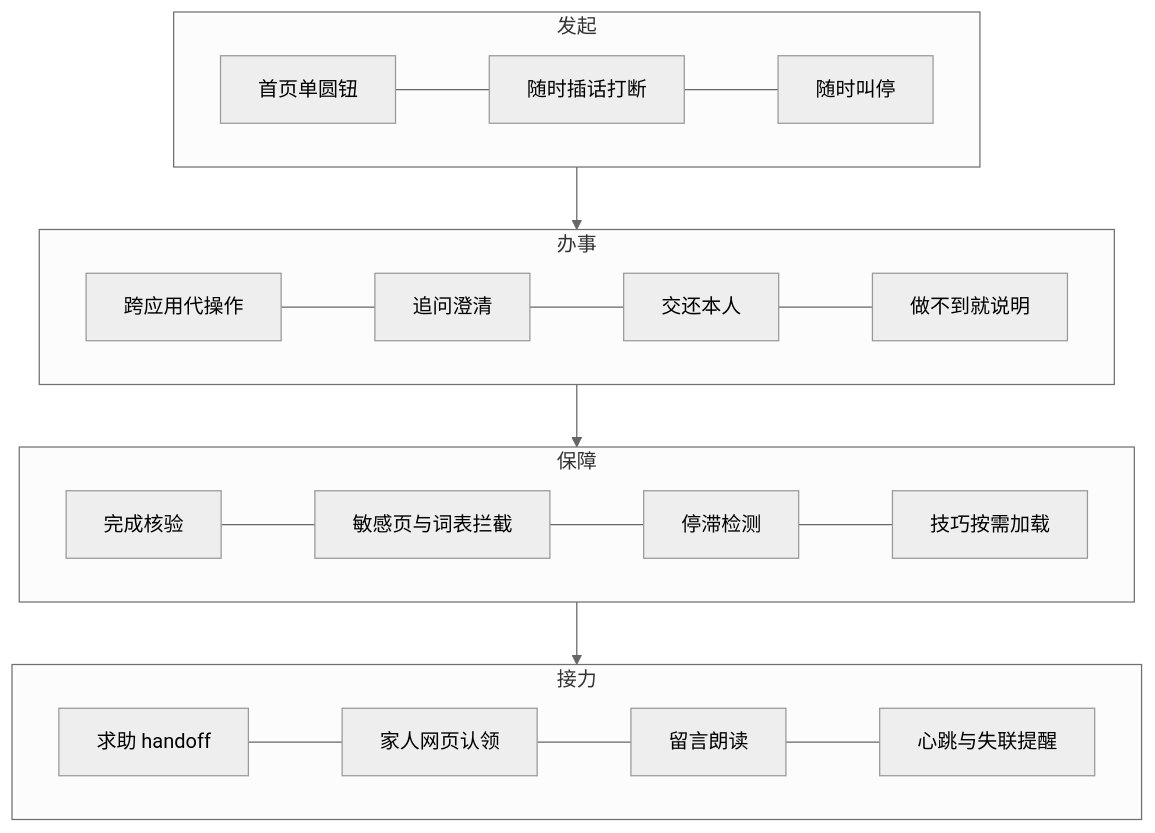
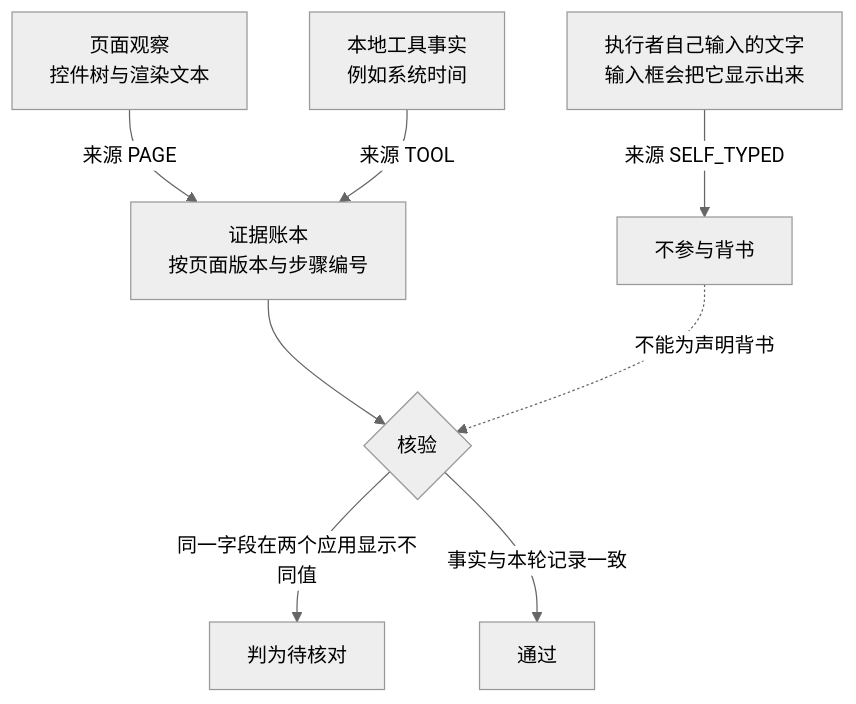
One commit to lhxll07/elder-harness changed the diagram in docs/aic-2026/figures/fig5.mmd. Above: the diagram before and after it, drawn with Mermaid. The commit also changed 73 other files, not shown here.

```diff
--- a/docs/aic-2026/figures/fig5.mmd
+++ b/docs/aic-2026/figures/fig5.mmd
@@ -1,19 +1,9 @@
 %%{init: {"theme":"neutral","themeVariables":{"fontFamily":"Noto Sans CJK SC, sans-serif","fontSize":"16px"}}}%%
-flowchart TB
-  subgraph A[发起]
-    direction LR
-    A1[首页单圆钮] --- A2[随时插话打断] --- A3[随时叫停]
-  end
-  subgraph B[办事]
-    direction LR
-    B1[跨应用代操作] --- B2[追问澄清] --- B3[交还本人] --- B4[做不到就说明]
-  end
-  subgraph C[保障]
-    direction LR
-    C1[完成核验] --- C2[敏感页与词表拦截] --- C3[停滞检测] --- C4[技巧按需加载]
-  end
-  subgraph D[接力]
-    direction LR
-    D1[求助 handoff] --- D2[家人网页认领] --- D3[留言朗读] --- D4[心跳与失联提醒]
-  end
-  A --> B --> C --> D
+flowchart TD
+  P1[页面观察<br/>控件树与渲染文本] -->|来源 PAGE| L[证据账本<br/>按页面版本与步骤编号]
+  P2[本地工具事实<br/>例如系统时间] -->|来源 TOOL| L
+  P3[执行者自己输入的文字<br/>输入框会把它显示出来] -->|来源 SELF_TYPED| X[不参与背书]
+  L --> C{核验}
+  X -.->|不能为声明背书| C
+  C -->|同一字段在两个应用显示不同值| Q[判为待核对]
+  C -->|事实与本轮记录一致| OK[通过]
```
